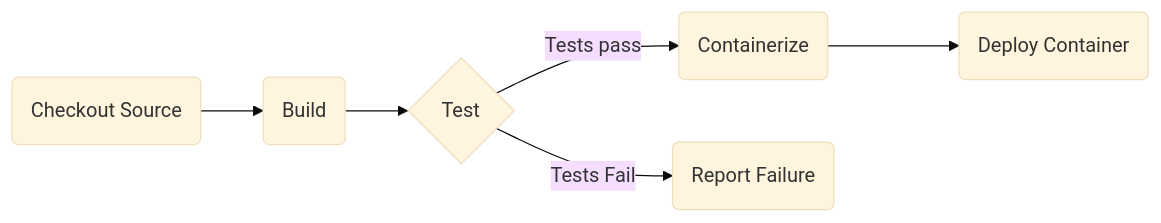
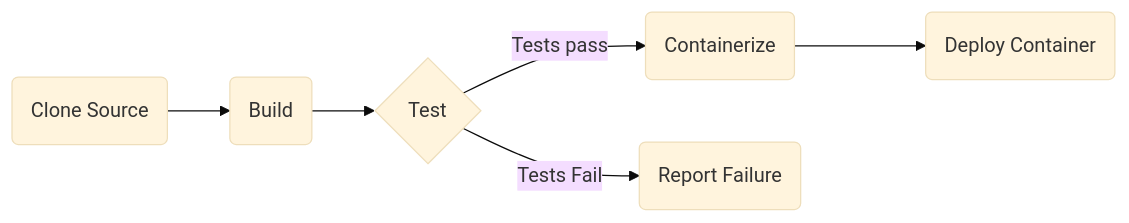
One commit to PradeepLoganathan/pradeepl-blog changed the diagram in content/blog/kubernetes/creating-a-tekton-build-pipeline/index.md. Above: the diagram before and after it, drawn with Mermaid (base theme). The commit also changed other lines of this file and 13 other files, not shown here.

```diff
--- a/content/blog/kubernetes/creating-a-tekton-build-pipeline/index.md
+++ b/content/blog/kubernetes/creating-a-tekton-build-pipeline/index.md
@@ -67,9 +31,8 @@
 {{< mermaid >}}
-
 flowchart  LR
-A(Checkout Source) --> B(Build)
+A(Clone Source) --> B(Build)
 B --> C{Test}
 C --Tests pass--> D(Containerize)
 C --Tests Fail--> E(Report Failure)
 D ---> F(Deploy Container)
 {{< /mermaid >}}
```
